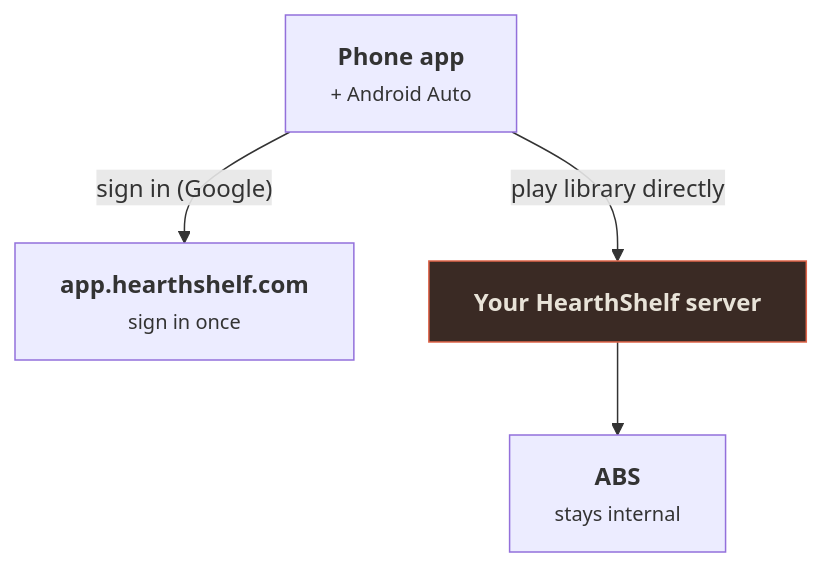
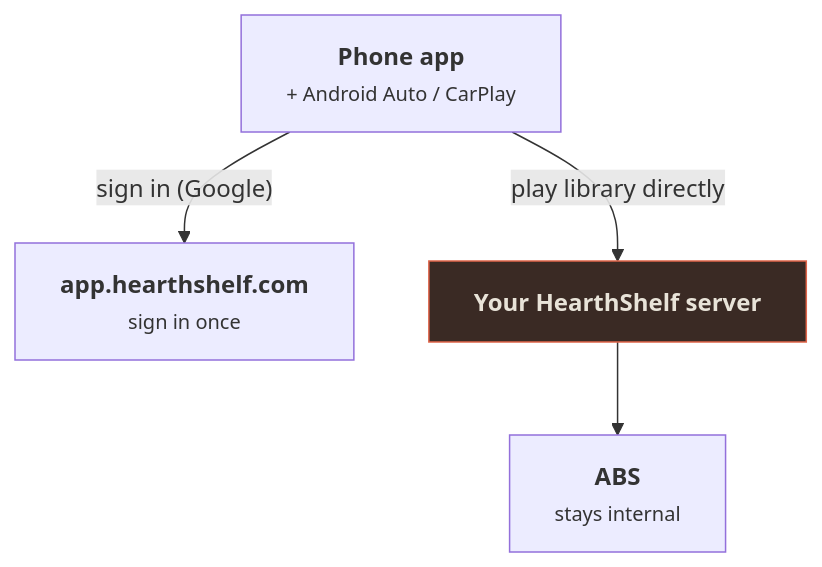
Before and after one commit to HearthShelf/HearthShelf-Docs: the diagram in docs/mobile/overview.md, drawn with Mermaid. The commit also changed other lines of this file and 6 other files, not shown here.

First line of the commit message:
improved: Docs now cover the live iOS app and CarPlay

````diff
--- a/docs/mobile/overview.md
+++ b/docs/mobile/overview.md
@@ -21,14 +21,14 @@
 ```mermaid
 flowchart TD
-    phone["<b>Phone app</b><br/><small>+ Android Auto</small>"]
+    phone["<b>Phone app</b><br/><small>+ Android Auto / CarPlay</small>"]
     webapp["<b>app.hearthshelf.com</b><br/><small>sign in once</small>"]
     hs["<b>Your HearthShelf server</b>"]
     abs["<b>ABS</b><br/><small>stays internal</small>"]
 
     phone -->|"sign in (Google)"| webapp
     phone -->|"play library directly"| hs
     hs --> abs
 
     class hs accent
     classDef accent fill:#3a2a24,stroke:#e0654a,color:#e8e3d8;
 ```
````
